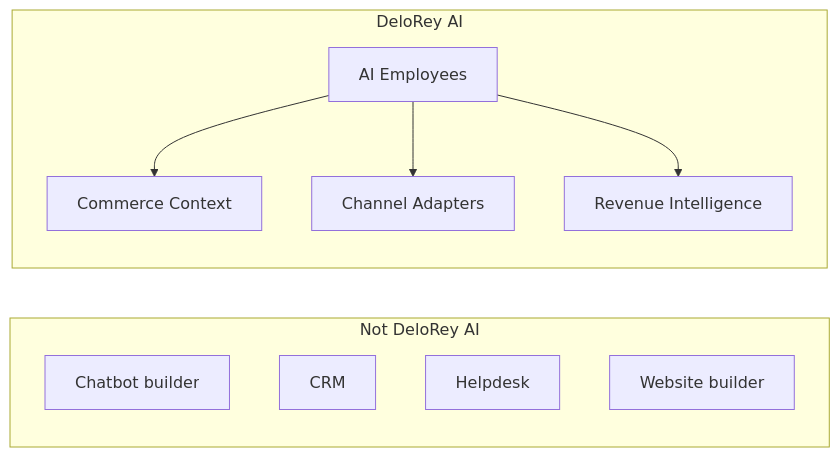
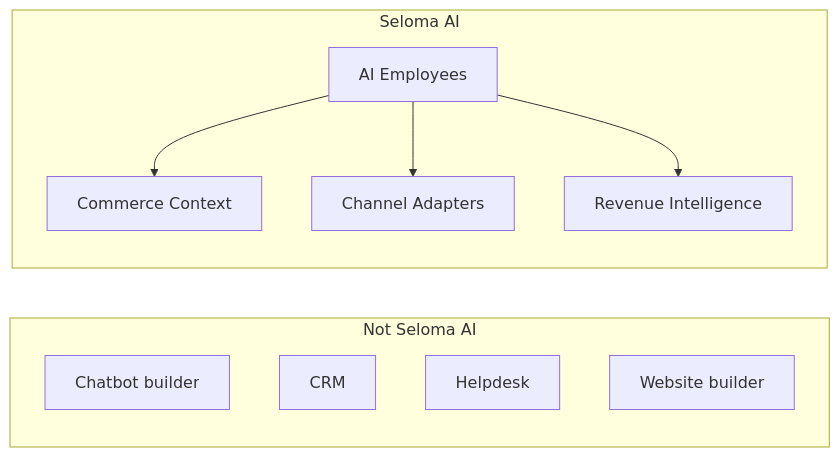
Before and after one commit to meteor7495/delorey-ai: the first of 4 diagrams in docs/02-product/product-principles.md, drawn with Mermaid. The commit also changed other lines of this file and 149 other files, not shown here.

````diff
--- a/docs/02-product/product-principles.md
+++ b/docs/02-product/product-principles.md
@@ -59,20 +59,20 @@
 ```mermaid
 flowchart LR
-    subgraph Not["Not DeloRey AI"]
+    subgraph Not["Not Seloma AI"]
         CB[Chatbot builder]
         CRM[CRM]
         HD[Helpdesk]
         WB[Website builder]
     end
 
-    subgraph Is["DeloRey AI"]
+    subgraph Is["Seloma AI"]
         AE[AI Employees]
         CTX[Commerce Context]
         CH[Channel Adapters]
         RI[Revenue Intelligence]
     end
 
     AE --> CTX
     AE --> CH
     AE --> RI
 ```
````
